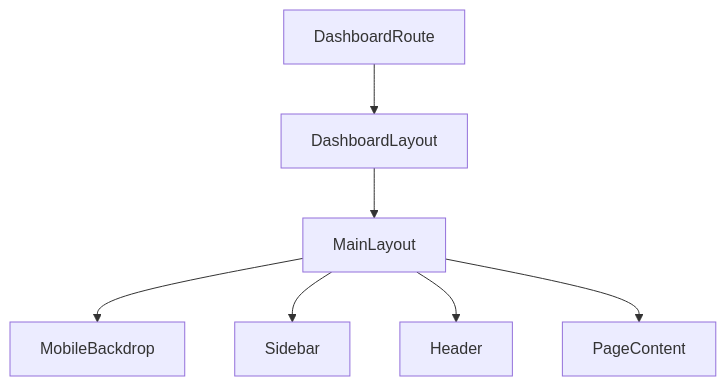
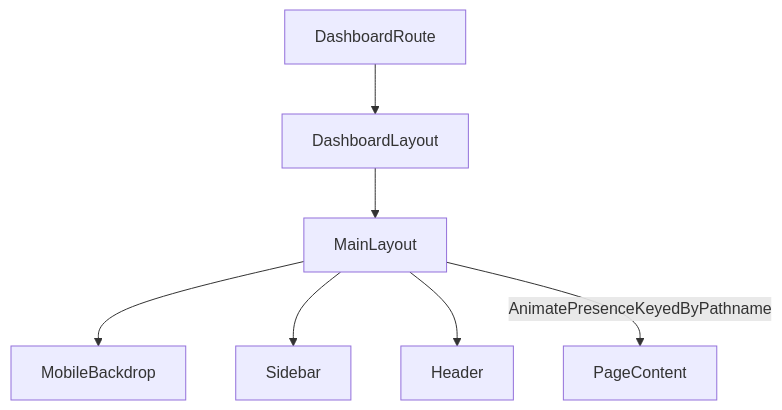
One commit to AmanVatsSharma/MailZen-Smart-Email-Management changed the diagram in apps/frontend/components/layout/README.md. Above: the diagram before and after it, drawn with Mermaid. The commit also changed other lines of this file and 2 other files, not shown here.

First line of the commit message:
feat: Enhance MainLayout with route transition effects and debug logging

````diff
--- a/apps/frontend/components/layout/README.md
+++ b/apps/frontend/components/layout/README.md
@@ -15,9 +15,9 @@
 ```mermaid
 flowchart TD
   DashboardRoute-->DashboardLayout
   DashboardLayout-->MainLayout
   MainLayout-->MobileBackdrop
   MainLayout-->Sidebar
   MainLayout-->Header
-  MainLayout-->PageContent
+  MainLayout--AnimatePresenceKeyedByPathname-->PageContent
 ```
````
